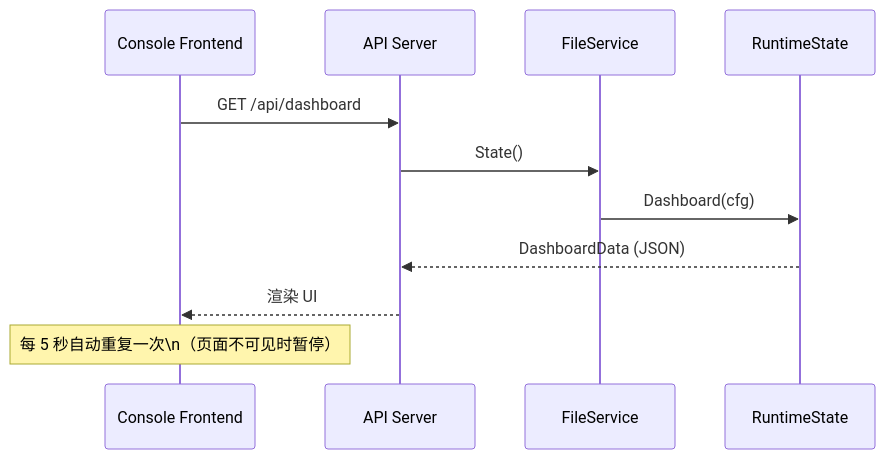
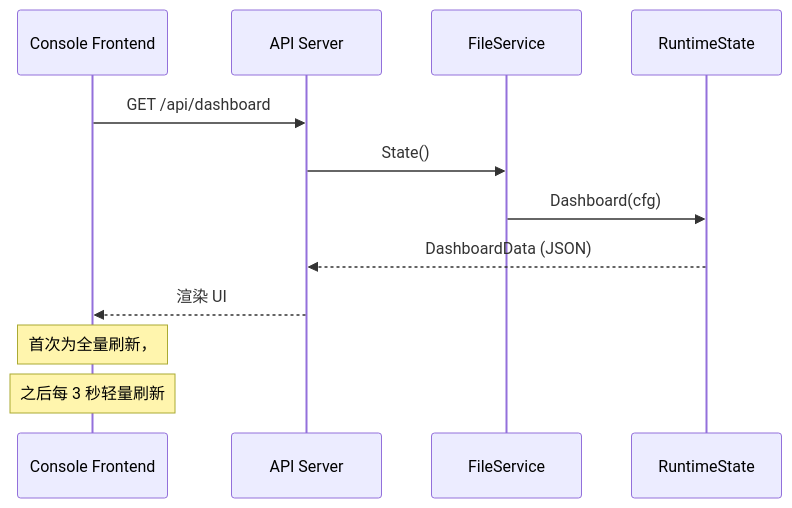
One commit to VioletEvergardenZz/GoWatchFile changed the first of 4 diagrams in docs/frontend-backend-linkage.md. Above: the diagram before and after it, drawn with Mermaid. The commit also changed other lines of this file and 22 other files, not shown here.

````diff
--- a/docs/frontend-backend-linkage.md
+++ b/docs/frontend-backend-linkage.md
@@ -59,15 +38,16 @@
 ```mermaid
 sequenceDiagram
   participant UI as Console Frontend
   participant API as API Server
   participant FS as FileService
   participant ST as RuntimeState
 
   UI->>API: GET /api/dashboard
   API->>FS: State()
   FS->>ST: Dashboard(cfg)
   ST-->>API: DashboardData (JSON)
   API-->>UI: 渲染 UI
 
-  Note over UI: 每 5 秒自动重复一次\n（页面不可见时暂停）
+  Note over UI: 首次为全量刷新，
+  Note over UI: 之后每 3 秒轻量刷新
 ```
````
